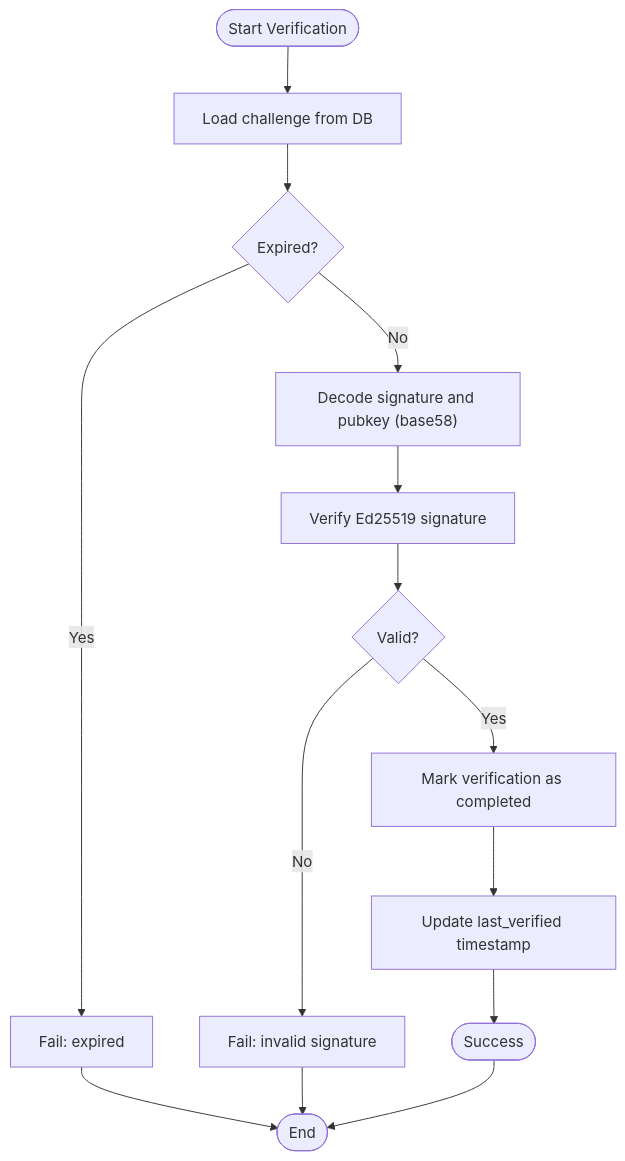
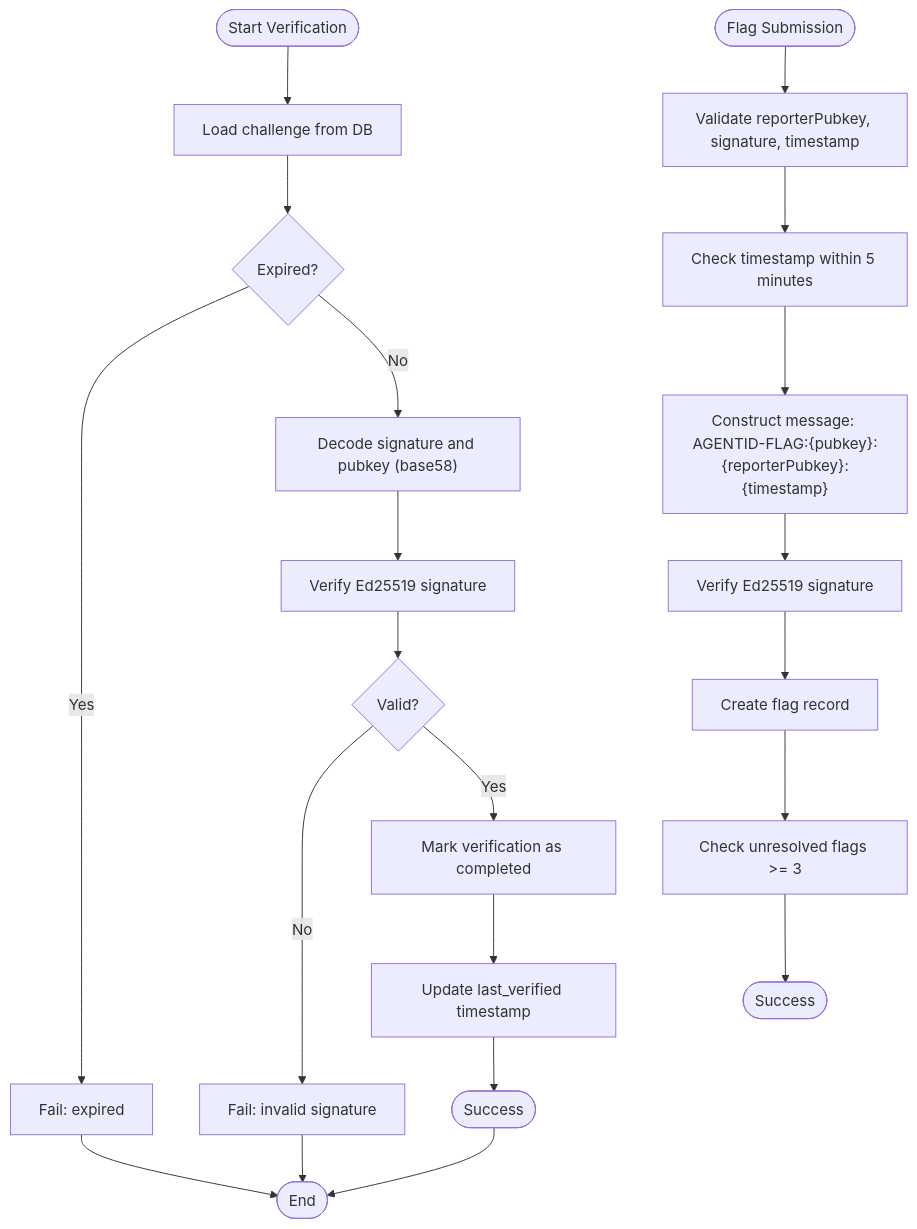
One commit to RunTimeAdmin/AgentID changed the third of 9 diagrams in .qoder/repowiki/en/content/Security Implementation.md. Above: the diagram before and after it, drawn with Mermaid. The commit also changed other lines of this file and 17 other files, not shown here.

````diff
--- a/.qoder/repowiki/en/content/Security Implementation.md
+++ b/.qoder/repowiki/en/content/Security Implementation.md
@@ -176,16 +232,23 @@
 ```mermaid
 flowchart TD
 Start(["Start Verification"]) --> Load["Load challenge from DB"]
 Load --> Expired{"Expired?"}
 Expired --> |Yes| FailExpired["Fail: expired"]
 Expired --> |No| Decode["Decode signature and pubkey (base58)"]
 Decode --> Verify["Verify Ed25519 signature"]
 Verify --> Valid{"Valid?"}
 Valid --> |No| FailSig["Fail: invalid signature"]
 Valid --> |Yes| MarkUsed["Mark verification as completed"]
 MarkUsed --> UpdateTS["Update last_verified timestamp"]
 UpdateTS --> Success(["Success"])
 FailExpired --> End(["End"])
 FailSig --> End
 Success --> End
+FlagStart(["Flag Submission"]) --> ValidateFields["Validate reporterPubkey, signature, timestamp"]
+ValidateFields --> CheckWindow["Check timestamp within 5 minutes"]
+CheckWindow --> ConstructMsg["Construct message: AGENTID-FLAG:{pubkey}:{reporterPubkey}:{timestamp}"]
+ConstructMsg --> VerifyFlag["Verify Ed25519 signature"]
+VerifyFlag --> CreateFlag["Create flag record"]
+CreateFlag --> AutoFlag["Check unresolved flags >= 3"]
+AutoFlag --> SuccessFlag(["Success"])
 ```
````
